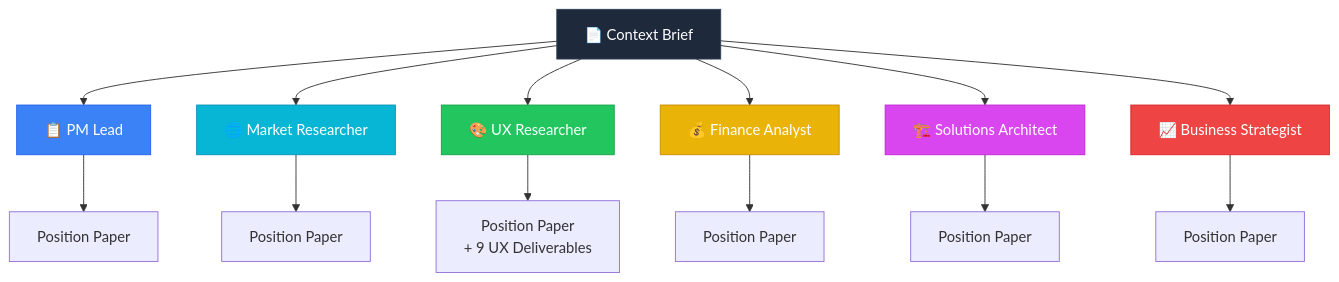
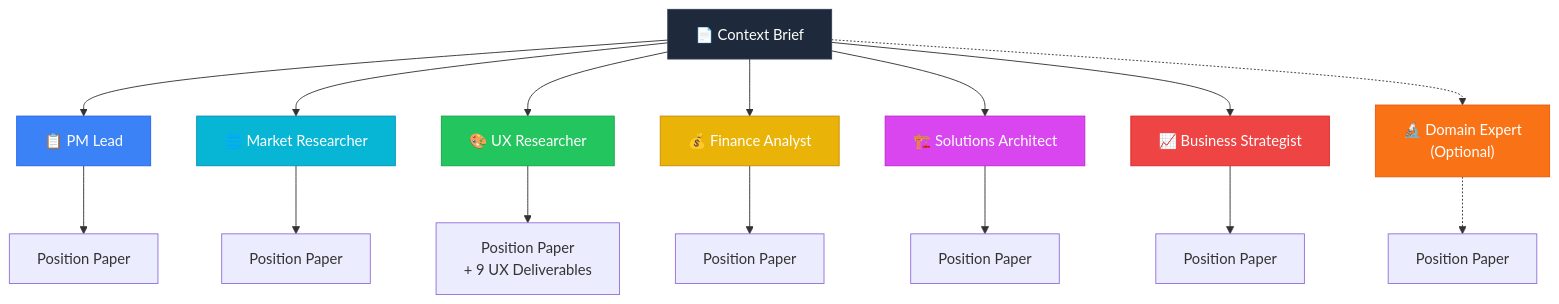
Before and after one commit to ebnrdwan/GangPlugin: the second of 3 diagrams in gang/README.md, drawn with Mermaid. The commit also changed other lines of this file and 11 other files, not shown here.

First line of the commit message:
feat: add Domain Expert, GO Package deliverables, and /gang reinit

````diff
--- a/gang/README.md
+++ b/gang/README.md
@@ -182,24 +180,27 @@
 ```mermaid
 graph TB
     CB["📄 Context Brief"] --> PM["📋 PM Lead"]
     CB --> MR["🌐 Market Researcher"]
     CB --> UX["🎨 UX Researcher"]
     CB --> FA["💰 Finance Analyst"]
     CB --> SA["🏗️ Solutions Architect"]
     CB --> BS["📈 Business Strategist"]
+    CB -.-> DE["🔬 Domain Expert<br/>(Optional)"]
 
     PM --> PP1["Position Paper"]
     MR --> PP2["Position Paper"]
     UX --> PP3["Position Paper<br/>+ 9 UX Deliverables"]
     FA --> PP4["Position Paper"]
     SA --> PP5["Position Paper"]
     BS --> PP6["Position Paper"]
+    DE -.-> PP7["Position Paper"]
 
     style CB fill:#1e293b,stroke:#334155,color:#fff
     style PM fill:#3b82f6,stroke:#2563eb,color:#fff
     style MR fill:#06b6d4,stroke:#0891b2,color:#fff
     style UX fill:#22c55e,stroke:#16a34a,color:#fff
     style FA fill:#eab308,stroke:#ca8a04,color:#fff
     style SA fill:#d946ef,stroke:#c026d3,color:#fff
     style BS fill:#ef4444,stroke:#dc2626,color:#fff
+    style DE fill:#f97316,stroke:#ea580c,color:#fff
 ```
````
